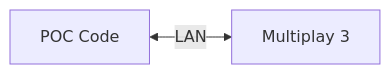
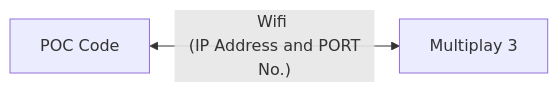
One commit to cel-esx/EGL314_TeamB changed the diagram in MultiPlay3.md. Above: the diagram before and after it, drawn with Mermaid. The commit also changed other lines of this file, not shown here.

````diff
--- a/MultiPlay3.md
+++ b/MultiPlay3.md
@@ -14,4 +14,4 @@
 ```mermaid
 graph LR
-A[POC Code] <--LAN--> B[Multiplay 3]
+A[POC Code] <--Wifi <br> (IP Address and PORT No.)--> B[Multiplay 3]
 ```
````
